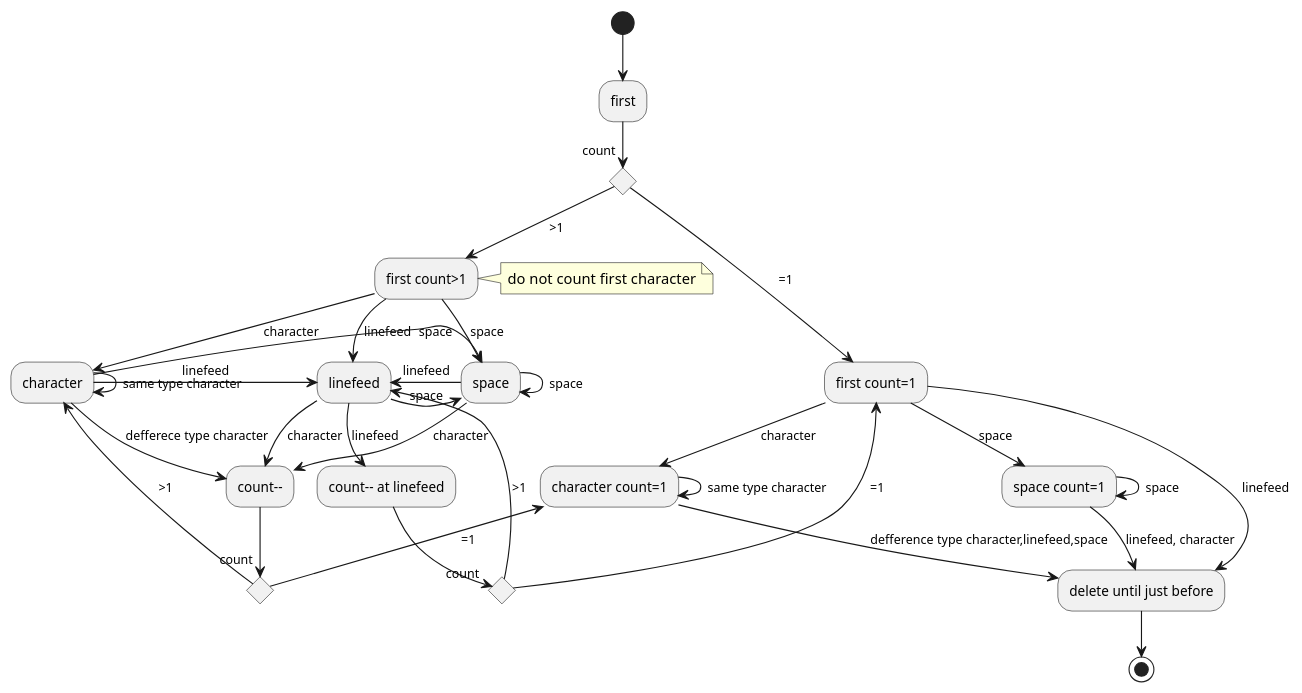
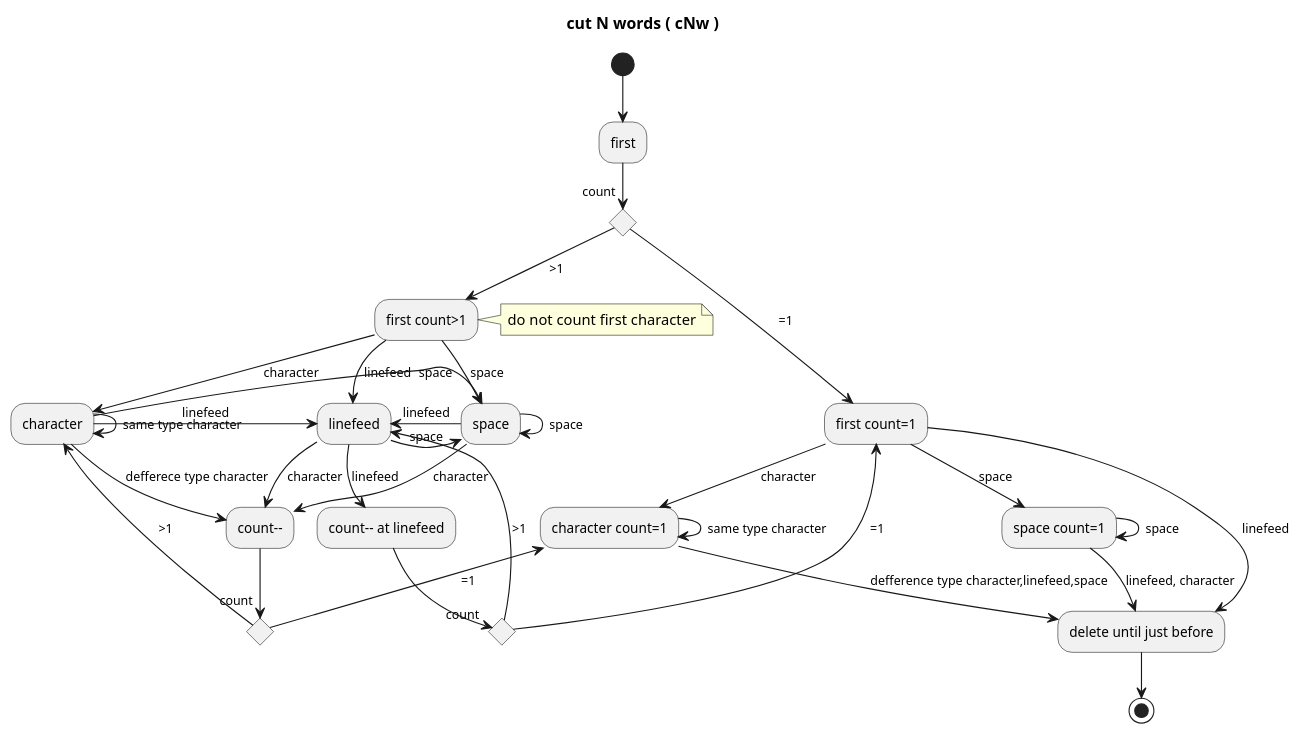
One commit to 74th/vscode-vim changed the diagram in src/motion/wordMorionStateModel/cutWord.plantuml. Above: the diagram before and after it, drawn with PlantUML. The commit also changed 5 other files, not shown here.

```diff
--- a/src/motion/wordMorionStateModel/cutWord.plantuml
+++ b/src/motion/wordMorionStateModel/cutWord.plantuml
@@ -1,44 +1,45 @@
 @startuml
+title cut N words ( cNw )
 
 (*) --> first
 if "count" then
 --> [ =1] "first count=1"
 else
 --> [>1] "first count>1"
 note right :do not count first character
 end if
 
 "first count=1" --> [character] "character count=1"
 "first count=1" --> [space] "space count=1"
 "first count=1" --> [linefeed] "delete until just before"
 "character count=1" --> [defference type character,linefeed,space] "delete until just before"
 "character count=1" -> [same type character] "character count=1"
 "space count=1" -> [space] "space count=1"
 "space count=1" --> [linefeed, character] "delete until just before"
 "delete until just before" --> (*)
 
 "first count>1" --> [character] "character"
 "first count>1" --> [space] "space"
 "first count>1" --> [linefeed] "linefeed"
 "character" --> [defferece type character] "count--"
 if "count" then
 -up-> [ =1] "character count=1"
 else
 -up-> [>1] "character"
 end if
 "character" -> [same type character] "character"
 "character" -> [space] "space"
 "character" -> [linefeed] "linefeed"
 "space" --> [character] "count--"
 "space" -> [space] "space"
 "space" -> [linefeed] linefeed
 "linefeed" -down-> [linefeed] "count-- at linefeed"
 if "count" then
 -up-> [ =1] "first count=1"
 else
 -up-> [>1] "linefeed"
 end if
 "linefeed" --> [character] "count--"
 "linefeed" -> [space] "space"
 
 @enduml
```
